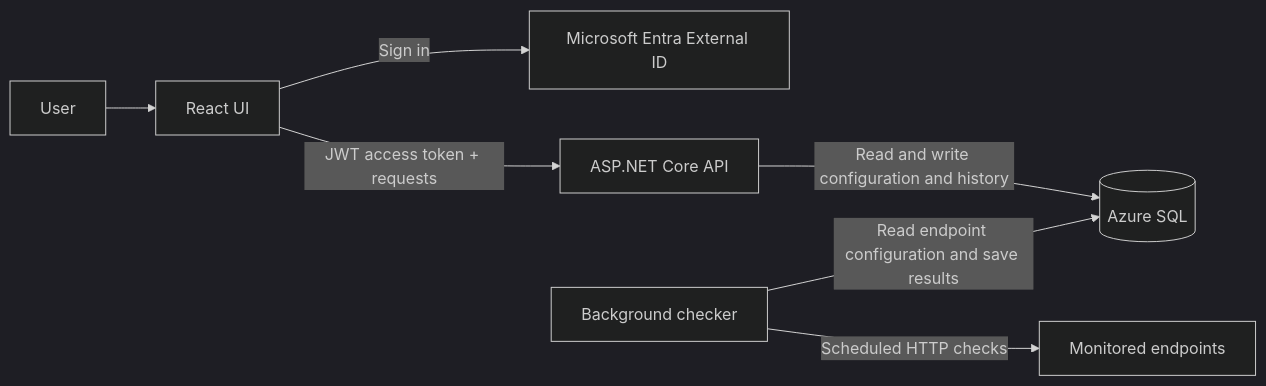
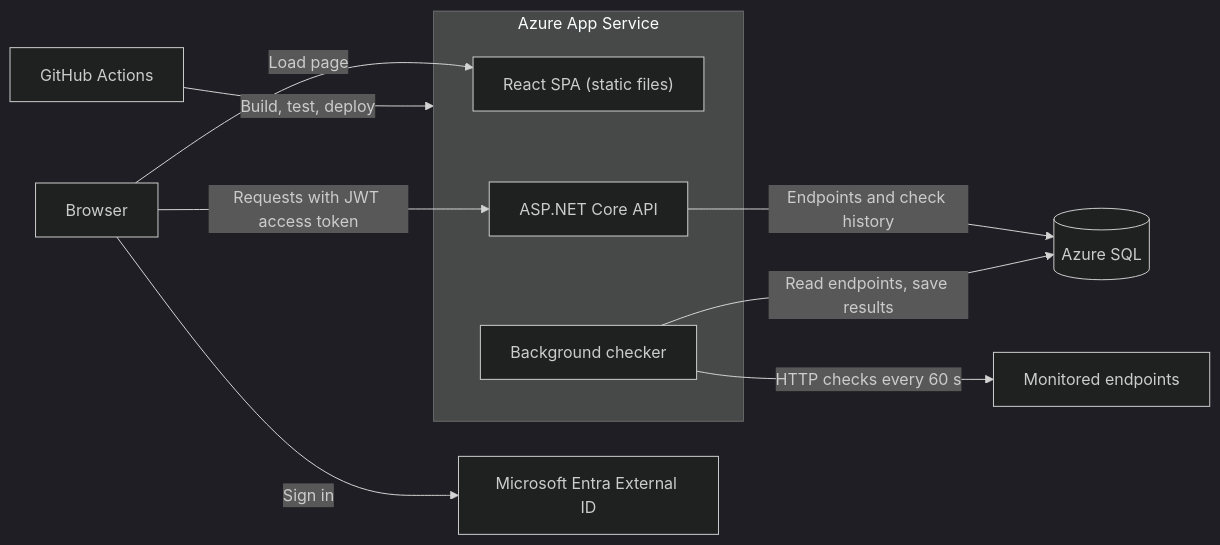
Before and after one commit to yiweimichael/Cloud_API_Reliability_Dashboard: the diagram in README.md, drawn with Mermaid (dark theme). The commit also changed other lines of this file, not shown here.

First line of the commit message:
Update README for the deployed app

````diff
--- a/README.md
+++ b/README.md
@@ -21,9 +19,15 @@
 ```mermaid
 flowchart LR
-    User[User] --> UI[React UI]
-    UI -->|Sign in| Entra[Microsoft Entra External ID]
-    UI -->|JWT access token + requests| API[ASP.NET Core API]
-    API -->|Read and write configuration and history| DB[(Azure SQL)]
-    Checker[Background checker] -->|Read endpoint configuration and save results| DB
-    Checker -->|Scheduled HTTP checks| Targets[Monitored endpoints]
+    Browser[Browser] -->|Sign in| Entra[Microsoft Entra External ID]
+    subgraph AppService[Azure App Service]
+        UI["React SPA (static files)"]
+        API[ASP.NET Core API]
+        Checker[Background checker]
+    end
+    Browser -->|Load page| UI
+    Browser -->|Requests with JWT access token| API
+    API -->|Endpoints and check history| DB[(Azure SQL)]
+    Checker -->|Read endpoints, save results| DB
+    Checker -->|HTTP checks every 60 s| Targets[Monitored endpoints]
+    GitHub[GitHub Actions] -->|Build, test, deploy| AppService
 ```
````
